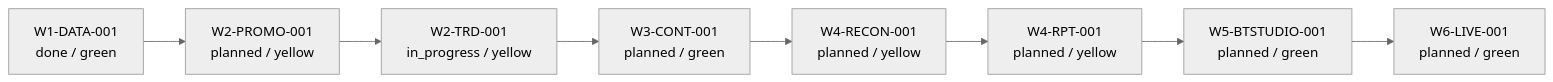
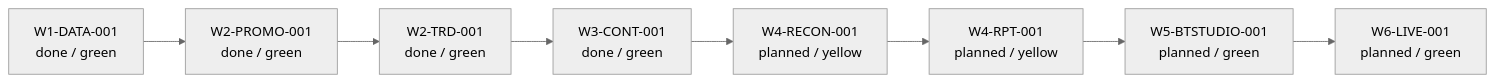
The diagram in docs/architecture/diagrams/meridian-development-roadmap.mmd (rodoHasArrived/Meridian-main), drawn with Mermaid (neutral theme) before and after one commit. The commit also changed 49 other files, not shown here.

First line of the commit message:
Add UFL capability docs and ledger ChartOfAccounts

```diff
--- a/docs/architecture/diagrams/meridian-development-roadmap.mmd
+++ b/docs/architecture/diagrams/meridian-development-roadmap.mmd
@@ -1,16 +1,16 @@
 flowchart LR
   W1_DATA_001["W1-DATA-001\ndone / green"]
-  W2_PROMO_001["W2-PROMO-001\nplanned / yellow"]
+  W2_PROMO_001["W2-PROMO-001\ndone / green"]
   W1_DATA_001 --> W2_PROMO_001
-  W2_TRD_001["W2-TRD-001\nin_progress / yellow"]
+  W2_TRD_001["W2-TRD-001\ndone / green"]
   W2_PROMO_001 --> W2_TRD_001
-  W3_CONT_001["W3-CONT-001\nplanned / green"]
+  W3_CONT_001["W3-CONT-001\ndone / green"]
   W2_TRD_001 --> W3_CONT_001
   W4_RECON_001["W4-RECON-001\nplanned / yellow"]
   W3_CONT_001 --> W4_RECON_001
   W4_RPT_001["W4-RPT-001\nplanned / yellow"]
   W4_RECON_001 --> W4_RPT_001
   W5_BTSTUDIO_001["W5-BTSTUDIO-001\nplanned / green"]
   W4_RPT_001 --> W5_BTSTUDIO_001
   W6_LIVE_001["W6-LIVE-001\nplanned / green"]
   W5_BTSTUDIO_001 --> W6_LIVE_001
```
